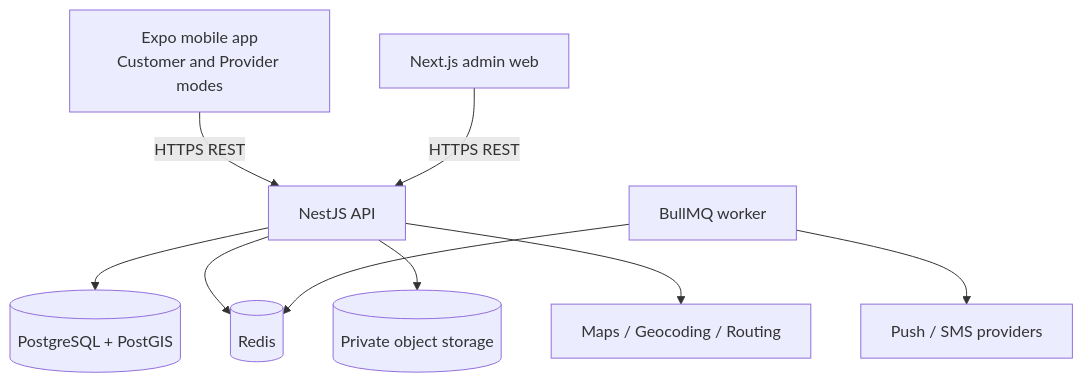
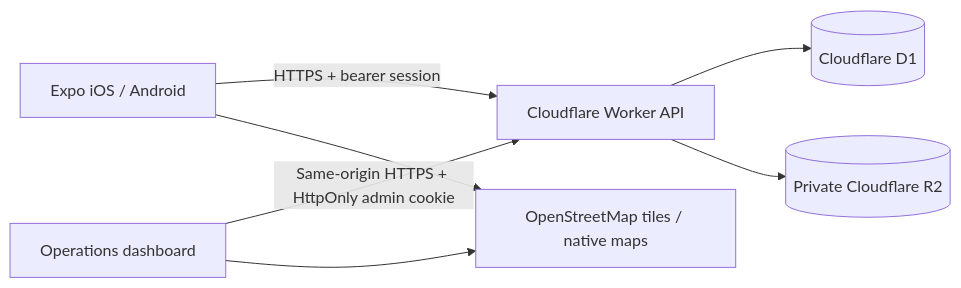
One commit to FastXSkyline/Project-Wessali changed the diagram in docs/ARCHITECTURE.md. Above: the diagram before and after it, drawn with Mermaid. The commit also changed other lines of this file and 13 other files, not shown here.

Commit message:
feat(cloud): move Wessali production API and operations to Cloudflare

```diff
--- a/docs/ARCHITECTURE.md
+++ b/docs/ARCHITECTURE.md
@@ -26,20 +7,15 @@
 ~~~mermaid
-flowchart TD
-    M[Expo mobile app<br/>Customer and Provider modes]
-    W[Next.js admin web]
-    API[NestJS API]
-    WORKER[BullMQ worker]
-    DB[(PostgreSQL + PostGIS)]
-    REDIS[(Redis)]
-    STORE[(Private object storage)]
-    MAPS[Maps / Geocoding / Routing]
-    PUSH[Push / SMS providers]
-    M -->|HTTPS REST| API
-    W -->|HTTPS REST| API
-    API --> DB
-    API --> REDIS
-    API --> STORE
-    API --> MAPS
-    WORKER --> REDIS
-    WORKER --> PUSH
+flowchart LR
+    APP[Expo iOS / Android]
+    ADMIN[Operations dashboard]
+    EDGE[Cloudflare Worker API]
+    D1[(Cloudflare D1)]
+    R2[(Private Cloudflare R2)]
+    MAP[OpenStreetMap tiles / native maps]
+    APP -->|HTTPS + bearer session| EDGE
+    ADMIN -->|Same-origin HTTPS + HttpOnly admin cookie| EDGE
+    EDGE --> D1
+    EDGE --> R2
+    ADMIN --> MAP
+    APP --> MAP
 ~~~
```
